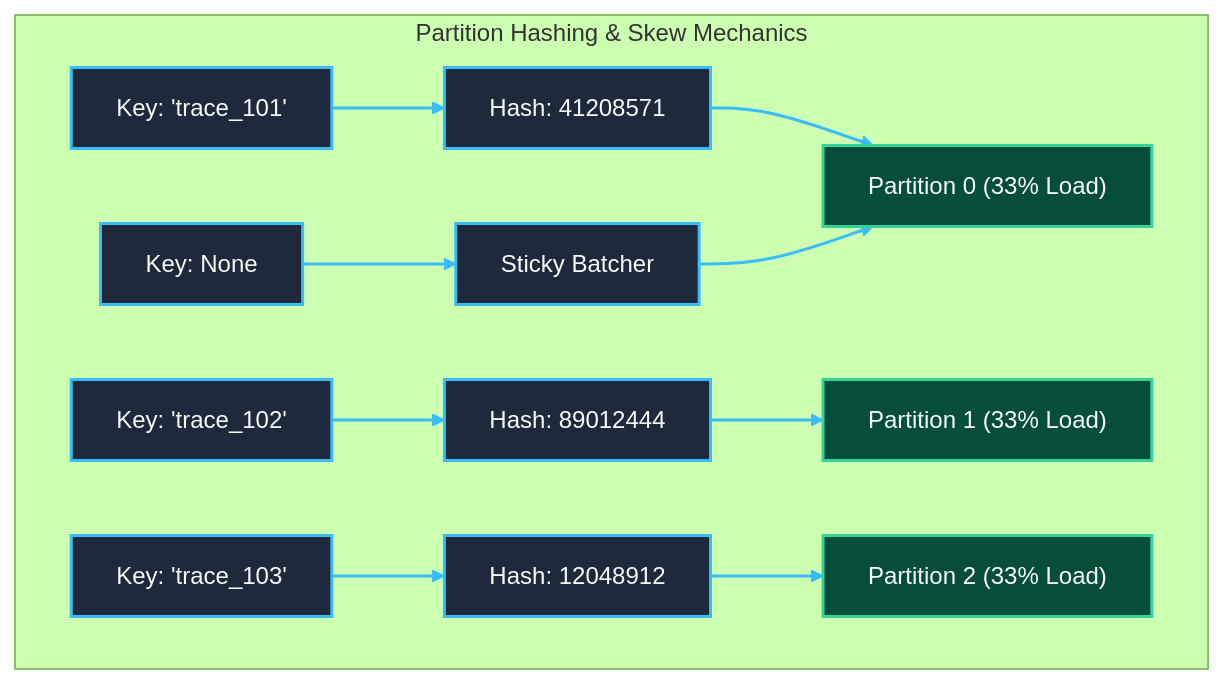
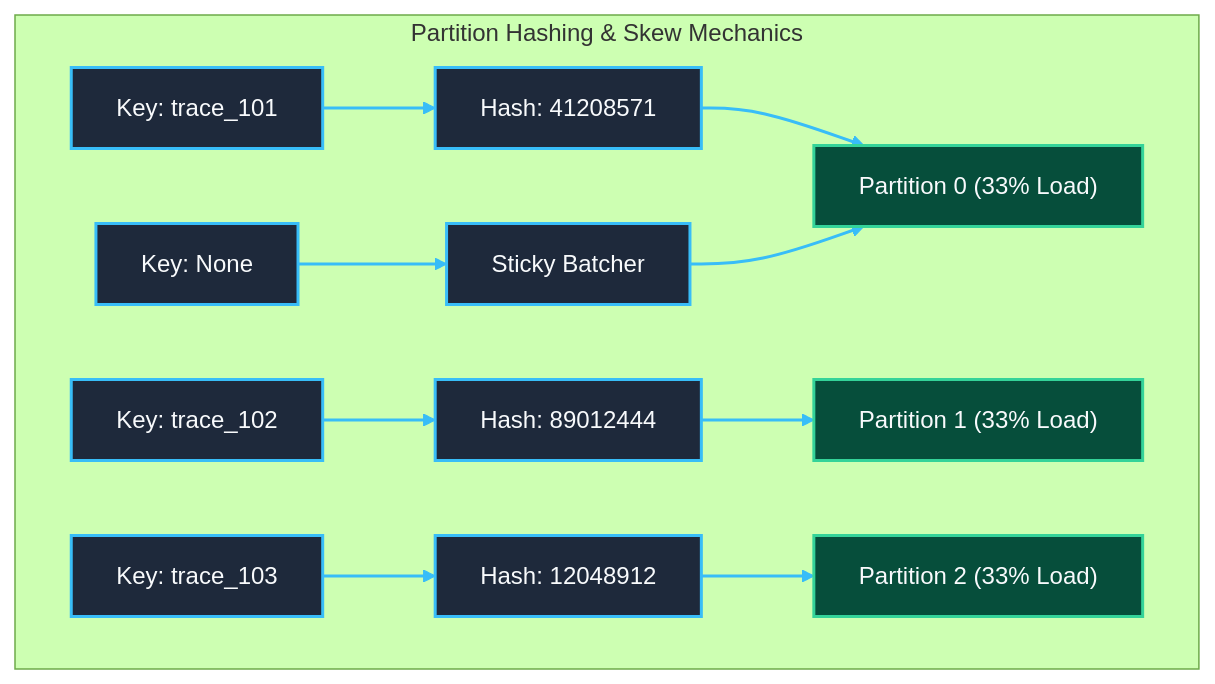
The tenth of 22 diagrams in docs/configDoc/kafka-configuration-guide.md (Chief-Strategist-J/llm-obs-infra), drawn with Mermaid (forest theme) before and after one commit. The commit also changed other lines of this file, not shown here.

Commit message:
fix(kafka-docs): resolve GitHub Mermaid diagram syntax errors and expand LLD rebalance state machine

````diff
--- a/docs/configDoc/kafka-configuration-guide.md
+++ b/docs/configDoc/kafka-configuration-guide.md
@@ -1045,23 +1045,23 @@
 ```mermaid
 graph TB
     subgraph PartitionHotspotting ["Partition Hashing & Skew Mechanics"]
-        Key1["Key: 'trace_101'"] --> H1["Hash: 41208571"] --> P0["Partition 0 (33% Load)"]
-        Key2["Key: 'trace_102'"] --> H2["Hash: 89012444"] --> P1["Partition 1 (33% Load)"]
-        Key3["Key: 'trace_103'"] --> H3["Hash: 12048912"] --> P2["Partition 2 (33% Load)"]
+        Key1["Key: trace_101"] --> H1["Hash: 41208571"] --> P0["Partition 0 (33% Load)"]
+        Key2["Key: trace_102"] --> H2["Hash: 89012444"] --> P1["Partition 1 (33% Load)"]
+        Key3["Key: trace_103"] --> H3["Hash: 12048912"] --> P2["Partition 2 (33% Load)"]
         NullKey["Key: None"] --> Sticky["Sticky Batcher"] --> P0
     end
 
     style Key1 fill:#1e293b,stroke:#38bdf8,stroke-width:2px,color:#f8fafc
     style Key2 fill:#1e293b,stroke:#38bdf8,stroke-width:2px,color:#f8fafc
     style Key3 fill:#1e293b,stroke:#38bdf8,stroke-width:2px,color:#f8fafc
     style NullKey fill:#1e293b,stroke:#38bdf8,stroke-width:2px,color:#f8fafc
     style H1 fill:#1e293b,stroke:#38bdf8,stroke-width:2px,color:#f8fafc
     style H2 fill:#1e293b,stroke:#38bdf8,stroke-width:2px,color:#f8fafc
     style H3 fill:#1e293b,stroke:#38bdf8,stroke-width:2px,color:#f8fafc
     style Sticky fill:#1e293b,stroke:#38bdf8,stroke-width:2px,color:#f8fafc
     style P0 fill:#064e3b,stroke:#34d399,stroke-width:2px,color:#f8fafc
     style P1 fill:#064e3b,stroke:#34d399,stroke-width:2px,color:#f8fafc
     style P2 fill:#064e3b,stroke:#34d399,stroke-width:2px,color:#f8fafc
 
     linkStyle 0,1,2,3,4,5,6,7 stroke:#38bdf8,stroke-width:2px;
 ```
````
